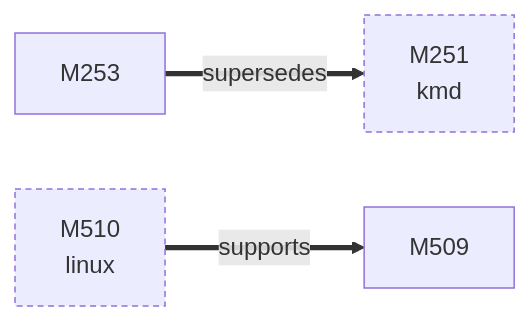
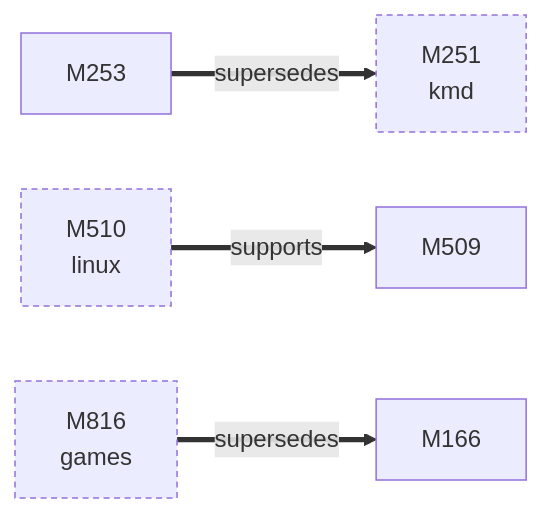
Before and after one commit to D-Ogi/amdgpu-wddm: the first of 2 diagrams in docs/facts/graphs/icd.md, drawn with Mermaid. The commit also changed 8 other files, not shown here.

````diff
--- a/docs/facts/graphs/icd.md
+++ b/docs/facts/graphs/icd.md
@@ -9,11 +9,14 @@
 ```mermaid
 flowchart LR
+  M166["M166"]
   M251["M251<br/>kmd"]
   M253["M253"]
   M509["M509"]
   M510["M510<br/>linux"]
+  M816["M816<br/>games"]
   M253 ==>|supersedes| M251
+  M816 ==>|supersedes| M166
   M510 ==>|supports| M509
   classDef other stroke-dasharray:4 3
-  class M251,M510 other
+  class M251,M510,M816 other
 ```
````
